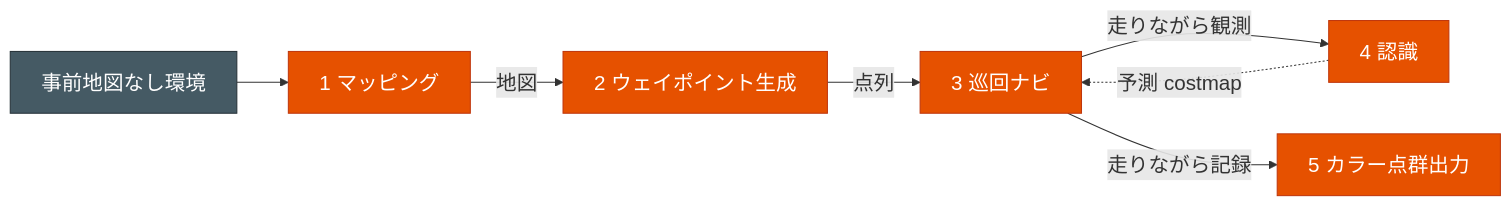
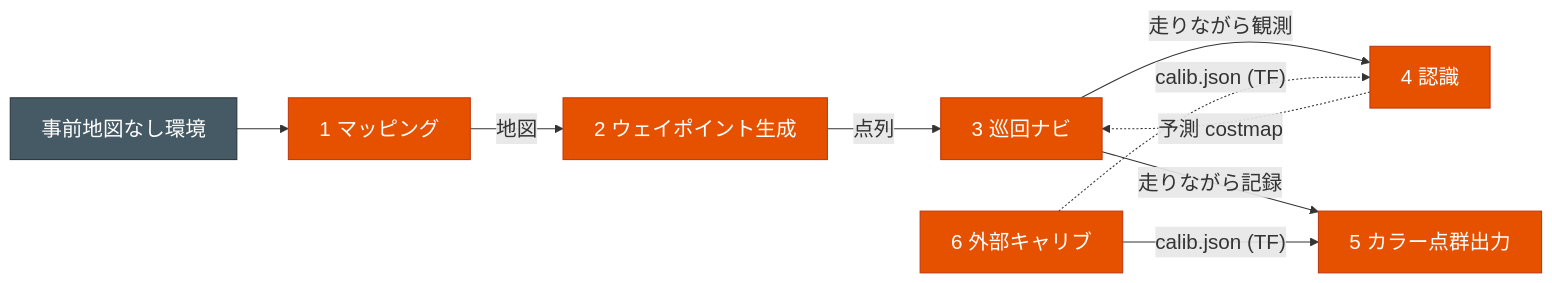
One commit to sato-susumu/susumu_object_perception changed the diagram in README.md. Above: the diagram before and after it, drawn with Mermaid. The commit also changed other lines of this file and 7 other files, not shown here.

````diff
--- a/README.md
+++ b/README.md
@@ -35,20 +36,23 @@
 ```mermaid
 %%{init: {"themeVariables": {"fontSize": "20px"}}}%%
 flowchart LR
   ENV["事前地図なし環境"]:::ext
   MAP["1 マッピング"]:::task
   WP["2 ウェイポイント生成"]:::task
   NAV["3 巡回ナビ"]:::task
   REC["4 認識"]:::task
   COL["5 カラー点群出力"]:::task
+  CAL["6 外部キャリブ"]:::task
 
   ENV --> MAP
   MAP -->|"地図"| WP
   WP -->|"点列"| NAV
   NAV -->|"走りながら観測"| REC
   NAV -->|"走りながら記録"| COL
   REC -.->|"予測 costmap"| NAV
+  CAL -->|"calib.json (TF)"| COL
+  CAL -.->|"calib.json (TF)"| REC
 
   classDef task fill:#e65100,stroke:#bf360c,color:#fff;
   classDef ext fill:#455a64,stroke:#263238,color:#fff;
 ```
````
